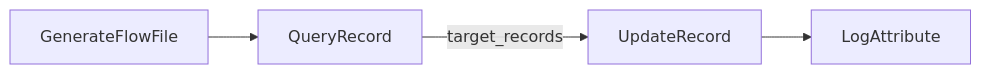
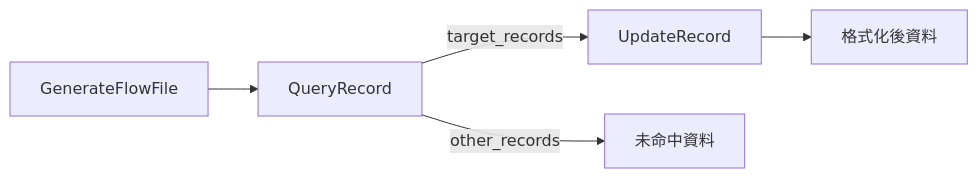
The sixth of 6 diagrams in docs/nifi-training/10-query-format-expression-language.md (Ting-s515/nifi-training), drawn with Mermaid before and after one commit. The commit also changed other lines of this file and 1 other file, not shown here.

Commit message:
docs: add unmatched queryrecord flow design

````diff
--- a/docs/nifi-training/10-query-format-expression-language.md
+++ b/docs/nifi-training/10-query-format-expression-language.md
@@ -373,6 +477,7 @@
 ```mermaid
 flowchart LR
     G[GenerateFlowFile] --> Q[QueryRecord]
     Q -- target_records --> U[UpdateRecord]
-    U --> L[LogAttribute]
+    Q -- other_records --> O[未命中資料]
+    U --> L[格式化後資料]
 ```
````
